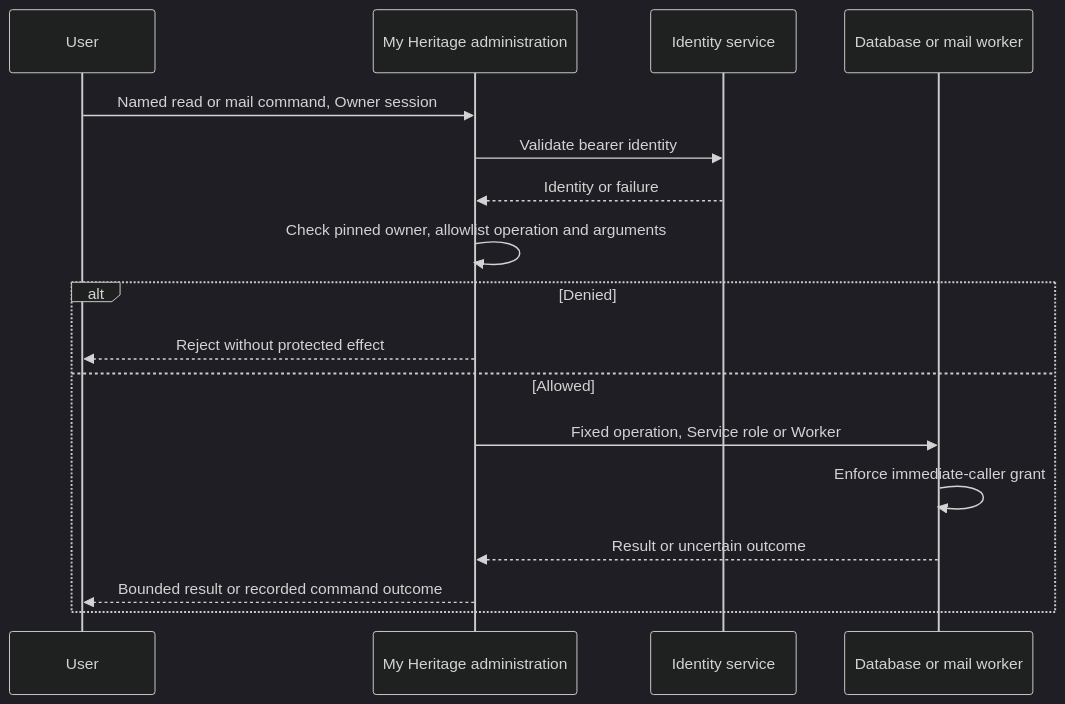
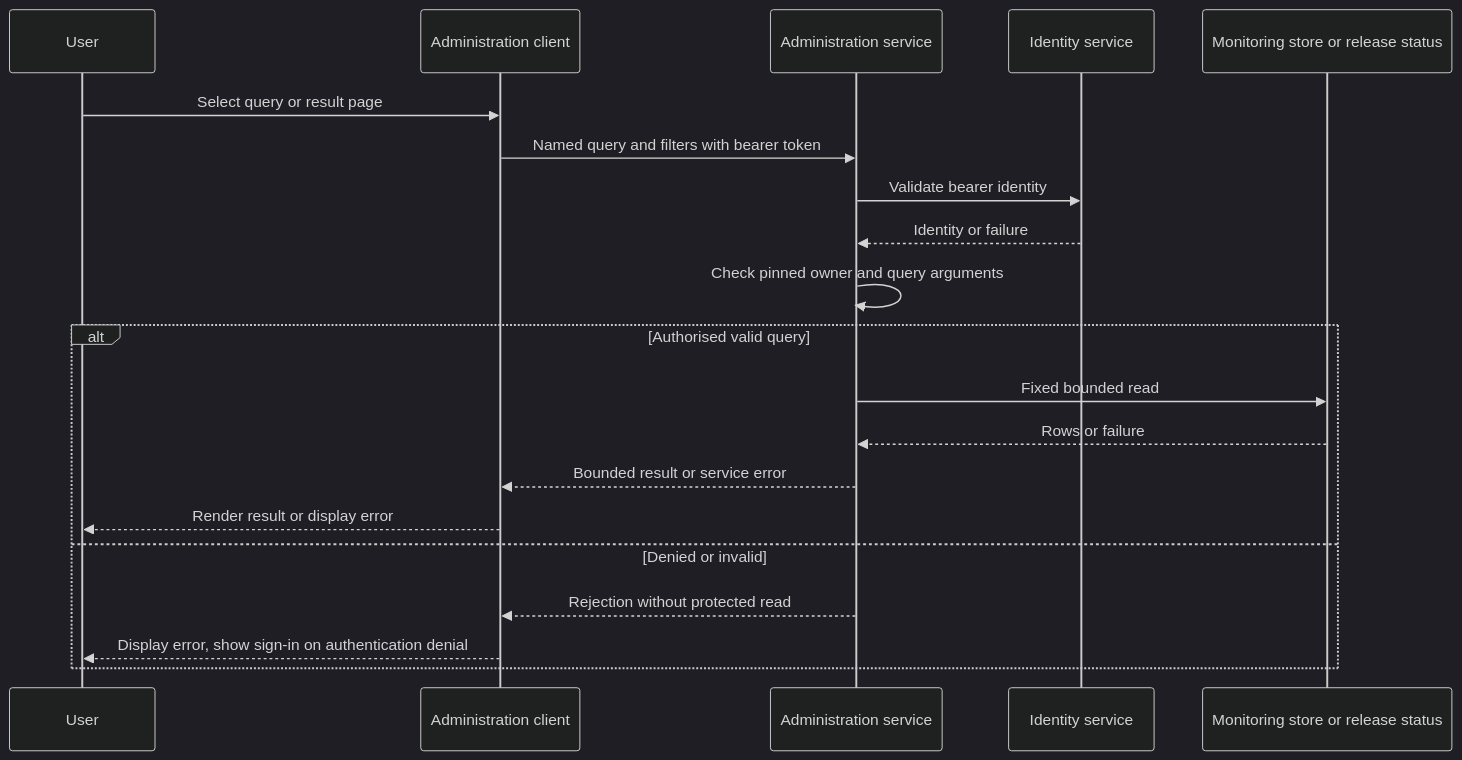
The eighth of 14 diagrams in SYSTEM_BEHAVIOUR.md (pekka-28/unesco), drawn with Mermaid (dark theme) before and after one commit. The commit also changed other lines of this file, not shown here.

Commit message:
Describe administration client state and message sequences (#51)

````diff
--- a/SYSTEM_BEHAVIOUR.md
+++ b/SYSTEM_BEHAVIOUR.md
@@ -155,19 +241,22 @@
 ```mermaid
 sequenceDiagram
     participant User
-    participant API as My Heritage administration
+    participant Client as Administration client
+    participant API as Administration service
     participant Auth as Identity service
-    participant Executor as Database or mail worker
-    User->>API: Named read or mail command, Owner session
+    participant Source as Monitoring store or release status
+    User->>Client: Select query or result page
+    Client->>API: Named query and filters with bearer token
     API->>Auth: Validate bearer identity
     Auth-->>API: Identity or failure
-    API->>API: Check pinned owner, allowlist operation and arguments
-    alt Denied
-        API-->>User: Reject without protected effect
-    else Allowed
-        API->>Executor: Fixed operation, Service role or Worker
-        Executor->>Executor: Enforce immediate-caller grant
-        Executor-->>API: Result or uncertain outcome
-        API-->>User: Bounded result or recorded command outcome
+    API->>API: Check pinned owner and query arguments
+    alt Authorised valid query
+        API->>Source: Fixed bounded read
+        Source-->>API: Rows or failure
+        API-->>Client: Bounded result or service error
+        Client-->>User: Render result or display error
+    else Denied or invalid
+        API-->>Client: Rejection without protected read
+        Client-->>User: Display error, show sign-in on authentication denial
     end
 ```
````
